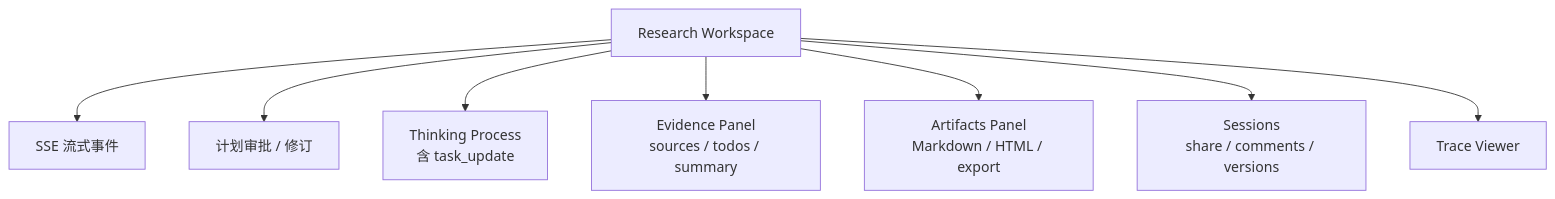
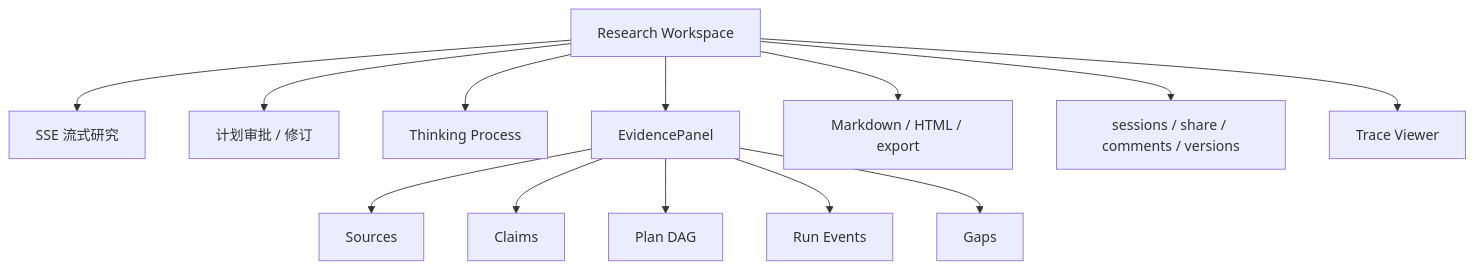
The fifth of 5 diagrams in README.md (LittleSongxx/SoulSearcher), drawn with Mermaid before and after one commit. The commit also changed other lines of this file and 50 other files, not shown here.

Commit message:
Integrate plan DAG and run events on remote base

````diff
--- a/README.md
+++ b/README.md
@@ -260,10 +239,15 @@
 ```mermaid
 flowchart TB
-    Workspace["Research Workspace"] --> Stream["SSE 流式事件"]
-    Workspace --> Plan["计划审批 / 修订"]
-    Workspace --> Thinking["Thinking Process\n含 task_update"]
-    Workspace --> Evidence["Evidence Panel\nsources / todos / summary"]
-    Workspace --> Artifacts["Artifacts Panel\nMarkdown / HTML / export"]
-    Workspace --> Session["Sessions\nshare / comments / versions"]
+    Workspace["Research Workspace"] --> Stream["SSE 流式研究"]
+    Workspace --> Approval["计划审批 / 修订"]
+    Workspace --> Thinking["Thinking Process"]
+    Workspace --> Evidence["EvidencePanel"]
+    Evidence --> Sources["Sources"]
+    Evidence --> Claims["Claims"]
+    Evidence --> Plan["Plan DAG"]
+    Evidence --> Events["Run Events"]
+    Evidence --> Gaps["Gaps"]
+    Workspace --> Artifacts["Markdown / HTML / export"]
+    Workspace --> Session["sessions / share / comments / versions"]
     Workspace --> Trace["Trace Viewer"]
 ```
````
